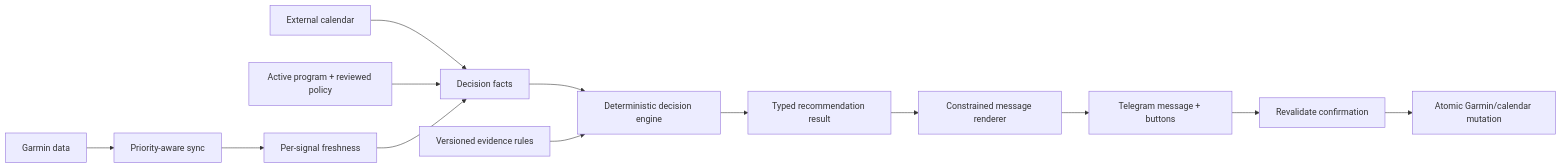
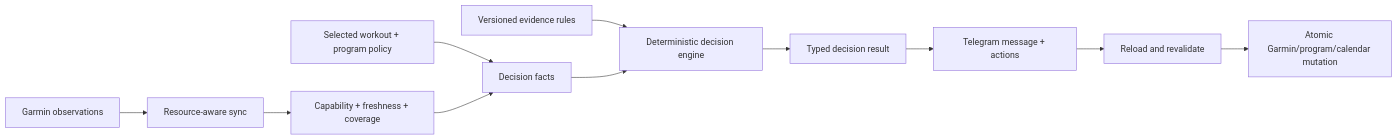
Before and after one commit to alonibh/GarminCoach: the diagram in docs/coach_product_architecture.md, drawn with Mermaid. The commit also changed other lines of this file and 3 other files, not shown here.

Commit message:
docs: define approved metric and sync policy

````diff
--- a/docs/coach_product_architecture.md
+++ b/docs/coach_product_architecture.md
@@ -48,15 +25,13 @@
 ```mermaid
 flowchart LR
-    Garmin["Garmin data"] --> Sync["Priority-aware sync"]
-    Calendar["External calendar"] --> Facts["Decision facts"]
-    Catalog["Active program + reviewed policy"] --> Facts
-    Sync --> Freshness["Per-signal freshness"]
-    Freshness --> Facts
-    Facts --> Engine["Deterministic decision engine"]
-    Rules["Versioned evidence rules"] --> Engine
-    Engine --> Result["Typed recommendation result"]
-    Result --> Renderer["Constrained message renderer"]
-    Renderer --> Telegram["Telegram message + buttons"]
-    Telegram --> Confirm["Revalidate confirmation"]
-    Confirm --> Mutation["Atomic Garmin/calendar mutation"]
+    Garmin[Garmin observations] --> Sync[Resource-aware sync]
+    Sync --> Quality[Capability + freshness + coverage]
+    Program[Selected workout + program policy] --> Facts[Decision facts]
+    Quality --> Facts
+    Rules[Versioned evidence rules] --> Engine[Deterministic decision engine]
+    Facts --> Engine
+    Engine --> Result[Typed decision result]
+    Result --> Telegram[Telegram message + actions]
+    Telegram --> Revalidate[Reload and revalidate]
+    Revalidate --> Mutation[Atomic Garmin/program/calendar mutation]
 ```
````
